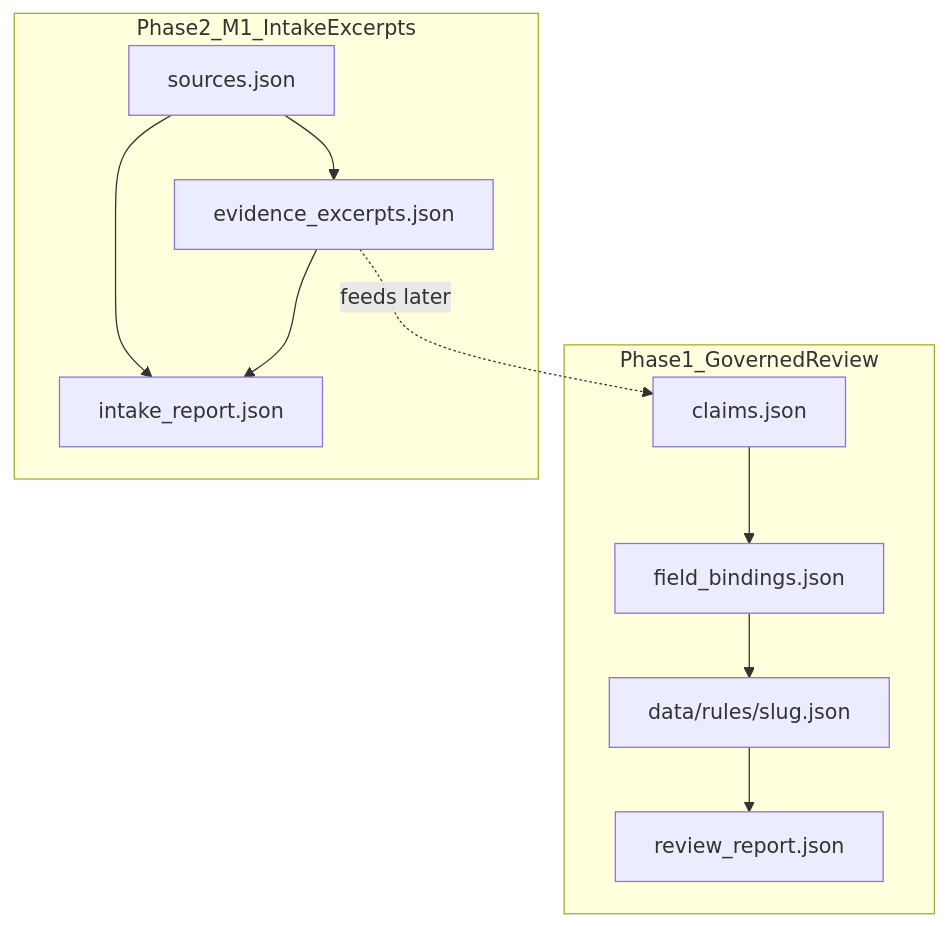
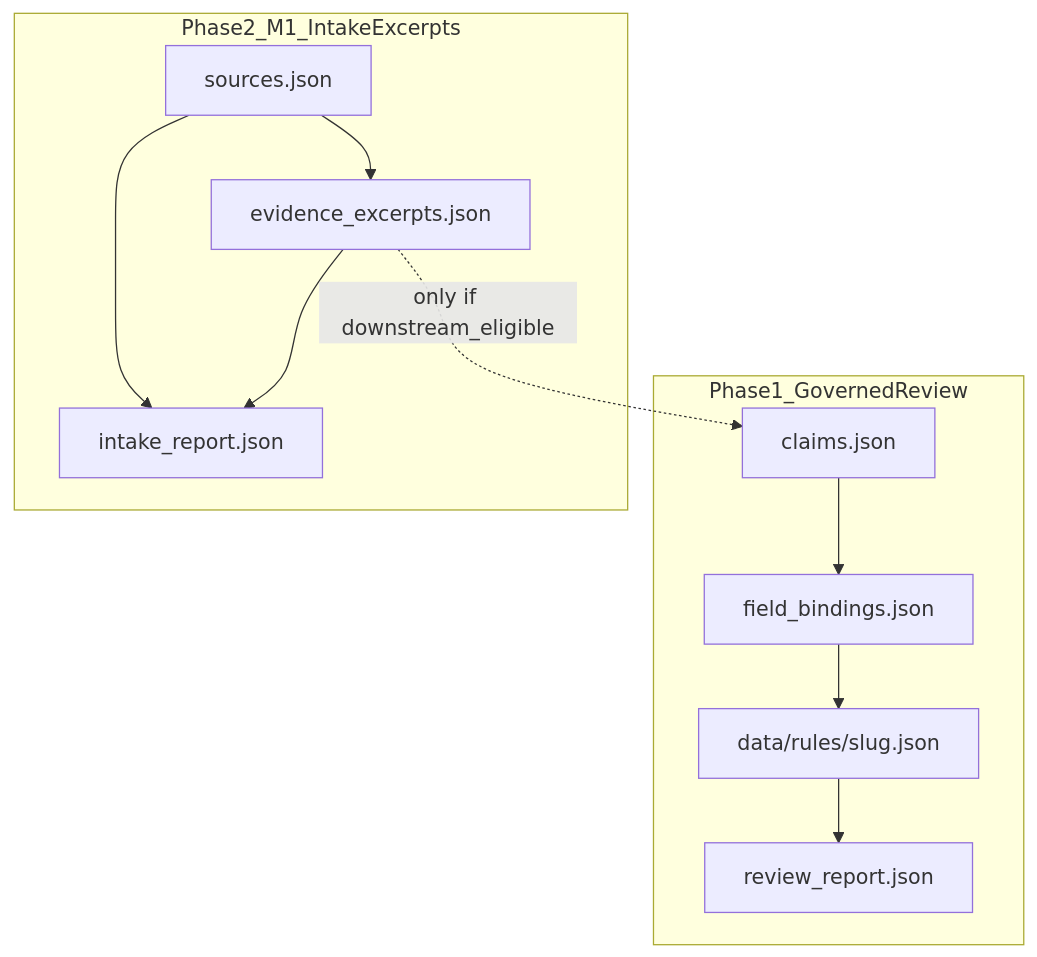
Before and after one commit to Sohadot/ConvertCcy: the diagram in docs/PIPELINE_PHASE2_M1_PLAN.md, drawn with Mermaid. The commit also changed other lines of this file, not shown here.

````diff
--- a/docs/PIPELINE_PHASE2_M1_PLAN.md
+++ b/docs/PIPELINE_PHASE2_M1_PLAN.md
@@ -86,24 +117,24 @@
 ```mermaid
 flowchart TD
   subgraph p1 [Phase1_GovernedReview]
     claims[claims.json]
     bindings[field_bindings.json]
     rules[data/rules/slug.json]
     review[review_report.json]
   end
 
   subgraph m1 [Phase2_M1_IntakeExcerpts]
     sources[sources.json]
     excerpts[evidence_excerpts.json]
     intake[intake_report.json]
   end
 
   sources --> excerpts
   excerpts --> intake
   sources --> intake
 
-  excerpts -.->|feeds later| claims
+  excerpts -.->|only if downstream_eligible| claims
   claims --> bindings
   bindings --> rules
   rules --> review
 ```
````
